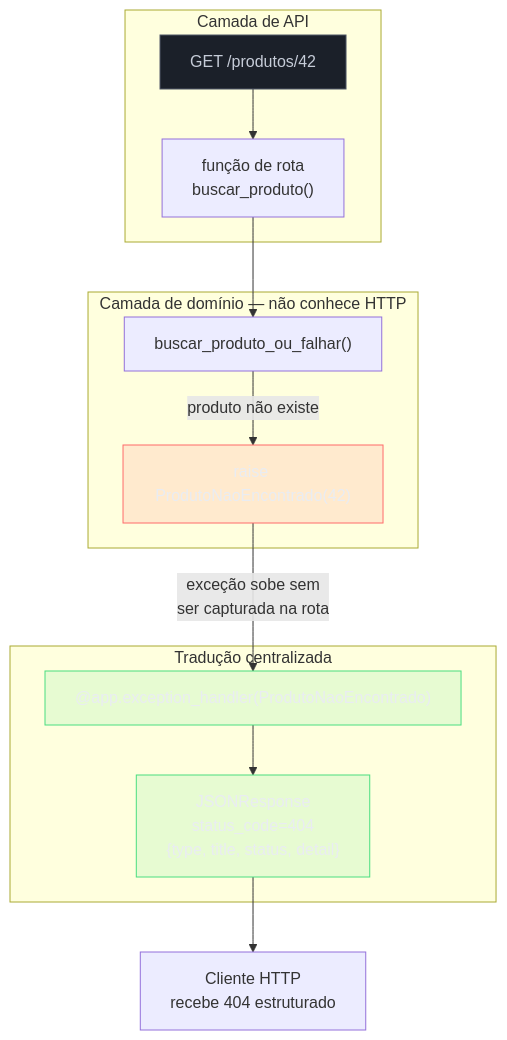
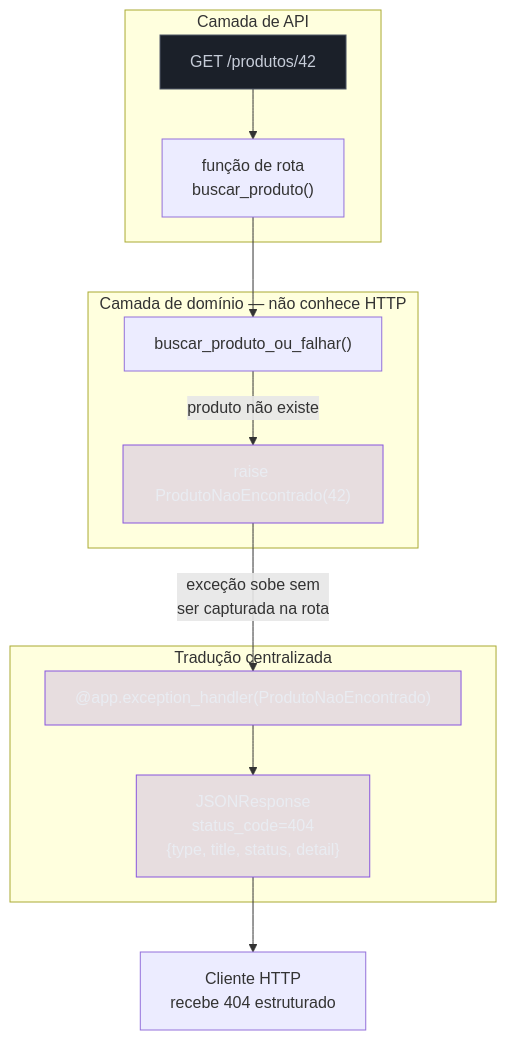
The diagram in 03-Dominios/Tecnologia/Python/Web e APIs REST/06 - Tratamento de erros e respostas HTTP padronizadas.md (josenaldo/codex-technomanticus), drawn with Mermaid before and after one commit. The commit also changed 601 other files, not shown here.

````diff
--- a/03-Dominios/Tecnologia/Python/Web e APIs REST/06 - Tratamento de erros e respostas HTTP padronizadas.md
+++ b/03-Dominios/Tecnologia/Python/Web e APIs REST/06 - Tratamento de erros e respostas HTTP padronizadas.md
@@ -202,30 +202,29 @@
 ```mermaid
 flowchart TB
+    classDef marca fill:#8855DF33,stroke:#8855DF,color:#E9ECF2
     classDef neutro fill:#1B2029,stroke:#4E5666,color:#C6CCD8
-    classDef falha fill:#FF6B6B24,stroke:#FF6B6B,color:#E9ECF2
-    classDef ok fill:#4ADE8021,stroke:#4ADE80,color:#E9ECF2
     subgraph Rota["Camada de API"]
         REQ["GET /produtos/42"] --> HANDLER["função de rota\nbuscar_produto()"]
     end
 
     subgraph Dominio["Camada de domínio — não conhece HTTP"]
         SERVICO["buscar_produto_ou_falhar()"]
         EXC["raise ProdutoNaoEncontrado(42)"]
     end
 
     subgraph Traducao["Tradução centralizada"]
         EH["@app.exception_handler(ProdutoNaoEncontrado)"]
         RESP["JSONResponse\nstatus_code=404\n{type, title, status, detail}"]
     end
 
     HANDLER --> SERVICO
     SERVICO -->|"produto não existe"| EXC
     EXC -->|"exceção sobe sem\nser capturada na rota"| EH
     EH --> RESP
     RESP --> CLIENTE["Cliente HTTP\nrecebe 404 estruturado"]
 
     class REQ neutro
-    class EXC falha
-    class EH ok
-    class RESP ok
+    class EXC marca
+    class EH marca
+    class RESP marca
 ```
````
